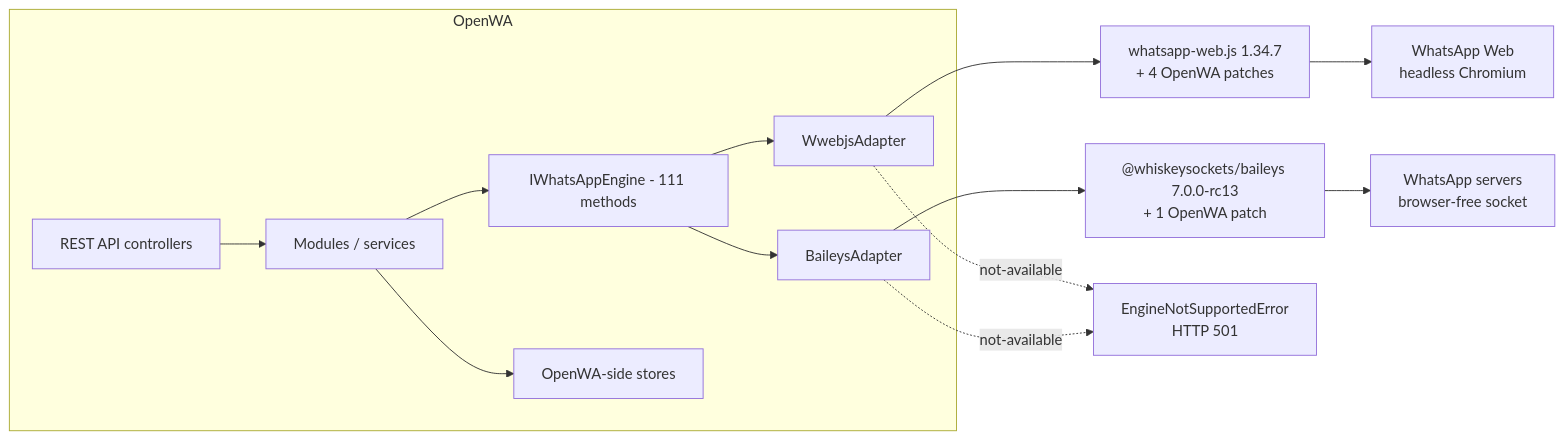
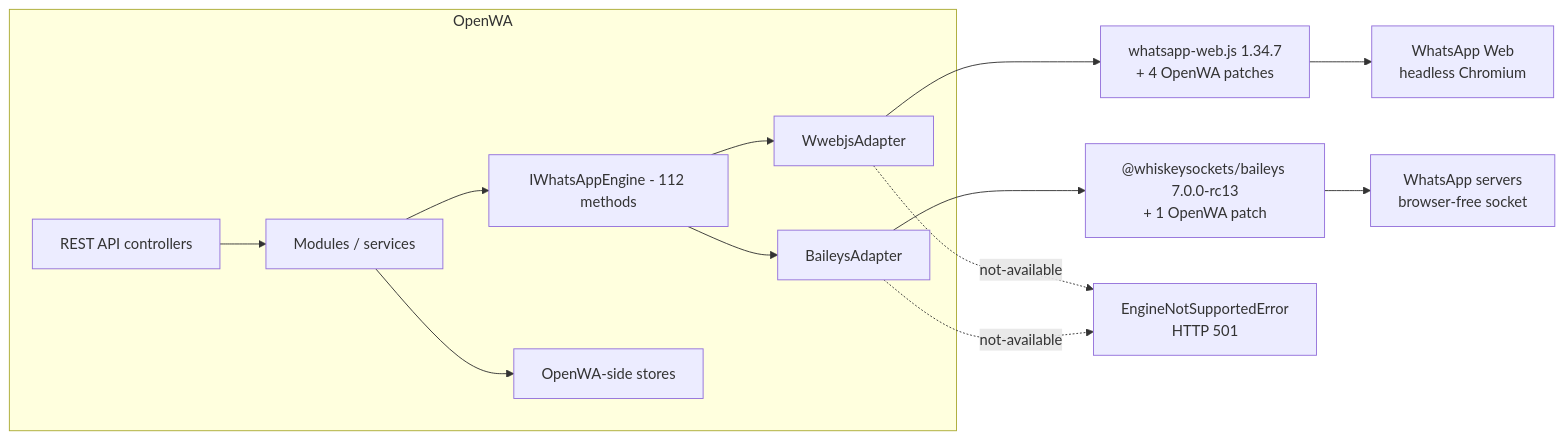
Before and after one commit to nourayman21k/OpenWA: the first of 2 diagrams in docs/29-engine-capability-matrix.md, drawn with Mermaid. The commit also changed other lines of this file and 15 other files, not shown here.

````diff
--- a/docs/29-engine-capability-matrix.md
+++ b/docs/29-engine-capability-matrix.md
@@ -42,16 +42,16 @@
 ```mermaid
 flowchart LR
     subgraph OpenWA["OpenWA"]
         API["REST API controllers"] --> SVC["Modules / services"]
-        SVC --> IF["IWhatsAppEngine - 111 methods"]
+        SVC --> IF["IWhatsAppEngine - 112 methods"]
         IF --> WA["WwebjsAdapter"]
         IF --> BA["BaileysAdapter"]
         SVC --> STORE["OpenWA-side stores"]
     end
     WA --> WLIB["whatsapp-web.js 1.34.7<br/>+ 4 OpenWA patches"]
     BA --> BLIB["@whiskeysockets/baileys 7.0.0-rc13<br/>+ 1 OpenWA patch"]
     WLIB --> WEB["WhatsApp Web<br/>headless Chromium"]
     BLIB --> WAS["WhatsApp servers<br/>browser-free socket"]
     WA -.->|"not-available"| E["EngineNotSupportedError<br/>HTTP 501"]
     BA -.->|"not-available"| E
 ```
````
